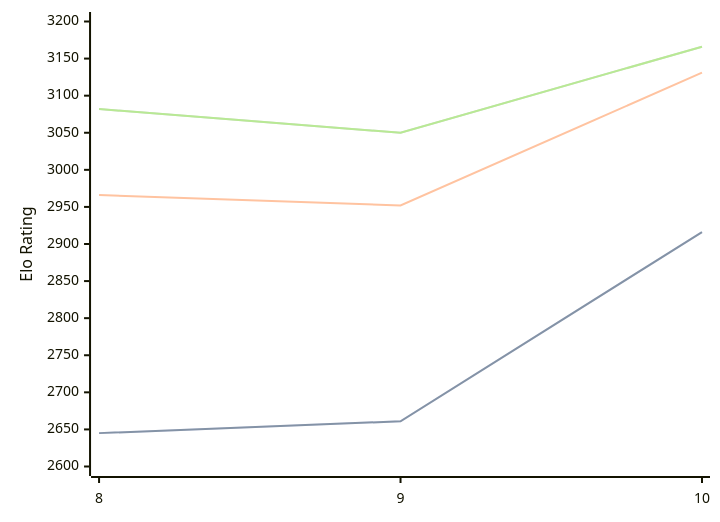
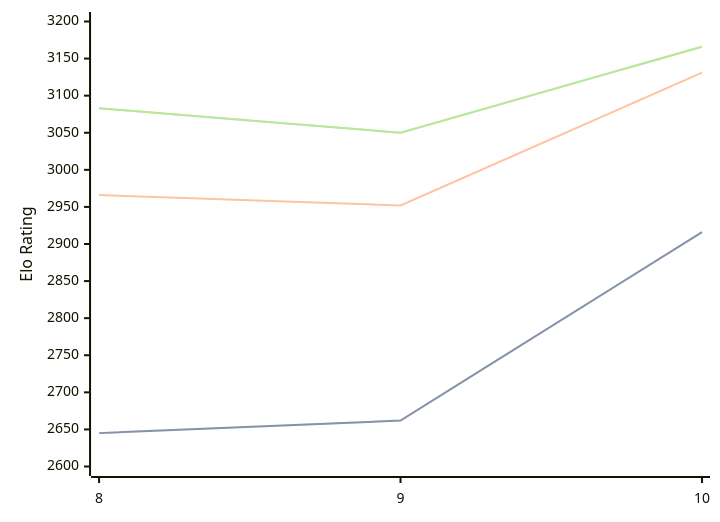
One commit to computer-chess-index/cci changed the diagram in engines/Lozza.md. Above: the diagram before and after it, drawn with Mermaid. The commit also changed other lines of this file, not shown here.

Commit message:
Update CCI Ratings (ELO VLTC) - 2026-05-15

````diff
--- a/engines/Lozza.md
+++ b/engines/Lozza.md
@@ -41,11 +41,11 @@
 ```mermaid
 %%{init: {"theme":"base","themeVariables":{"seriesColors:['#a3a3a3','#222221','#faa371']}}}%%
 xychart-beta
   x-axis ["8", "9", "10"]
   y-axis "Elo Rating" 2600 --> 3200
-  line "STC (8.0+0.08s)" [2645, 2661, 2916]
-  line "STC (8.0+0.08s)" [2645, 2661, 2916]
+  line "STC (8.0+0.08s)" [2645, 2662, 2916]
+  line "STC (8.0+0.08s)" [2645, 2662, 2916]
   line "LTC (60.0+0.60s)" [2966, 2952, 3131]
-  line "VLTC (2m24s+1.12s)" [3082, 3050, 3166]
-  line "VLTC (2m24s+1.12s)" [3082, 3050, 3166]
+  line "VLTC (2m24s+1.12s)" [3083, 3050, 3166]
+  line "VLTC (2m24s+1.12s)" [3083, 3050, 3166]
 ```
````
